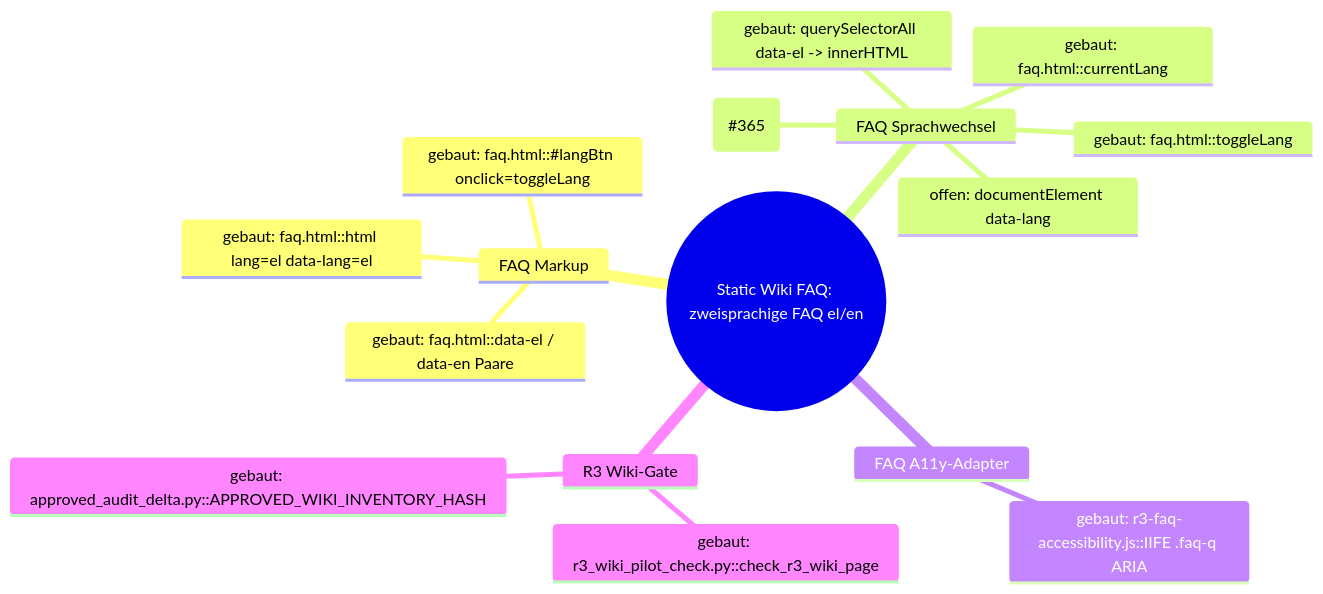
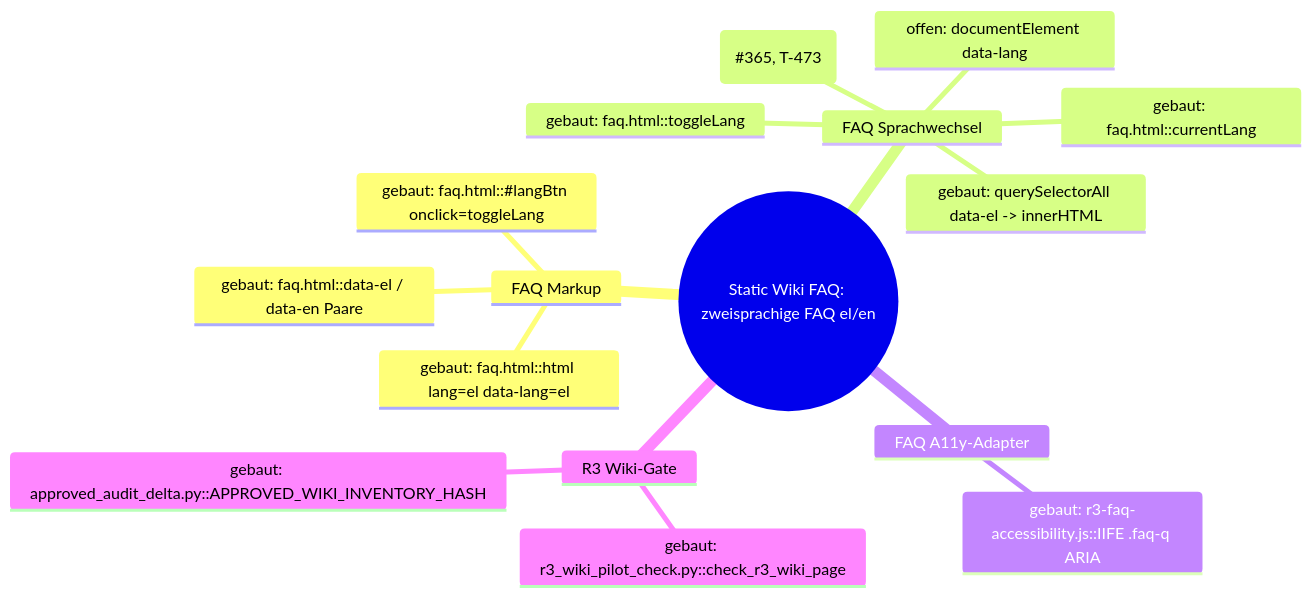
The first of 2 diagrams in docs/architecture/MAP.md (NeaBouli/pnyx), drawn with Mermaid before and after one commit. The commit also changed other lines of this file and 3 other files, not shown here.

Commit message:
docs(architecture): sync FAQ language map after T-473

````diff
--- a/docs/architecture/MAP.md
+++ b/docs/architecture/MAP.md
@@ -72,19 +72,19 @@
 ```mermaid
 mindmap
   root((Static Wiki FAQ: zweisprachige FAQ el/en))
     FAQ Markup
       gebaut: faq.html::html lang=el data-lang=el
       gebaut: faq.html::#langBtn onclick=toggleLang
       gebaut: faq.html::data-el / data-en Paare
     FAQ Sprachwechsel
       gebaut: faq.html::toggleLang
       gebaut: faq.html::currentLang
       gebaut: querySelectorAll data-el -> innerHTML
-      offen: document.documentElement.lang (#365)
+      gebaut: document.documentElement.lang (#365, T-473)
       offen: documentElement data-lang
     FAQ A11y-Adapter
       gebaut: r3-faq-accessibility.js::IIFE .faq-q ARIA
     R3 Wiki-Gate
       gebaut: r3_wiki_pilot_check.py::check_r3_wiki_page
       gebaut: approved_audit_delta.py::APPROVED_WIKI_INVENTORY_HASH
 ```
````
